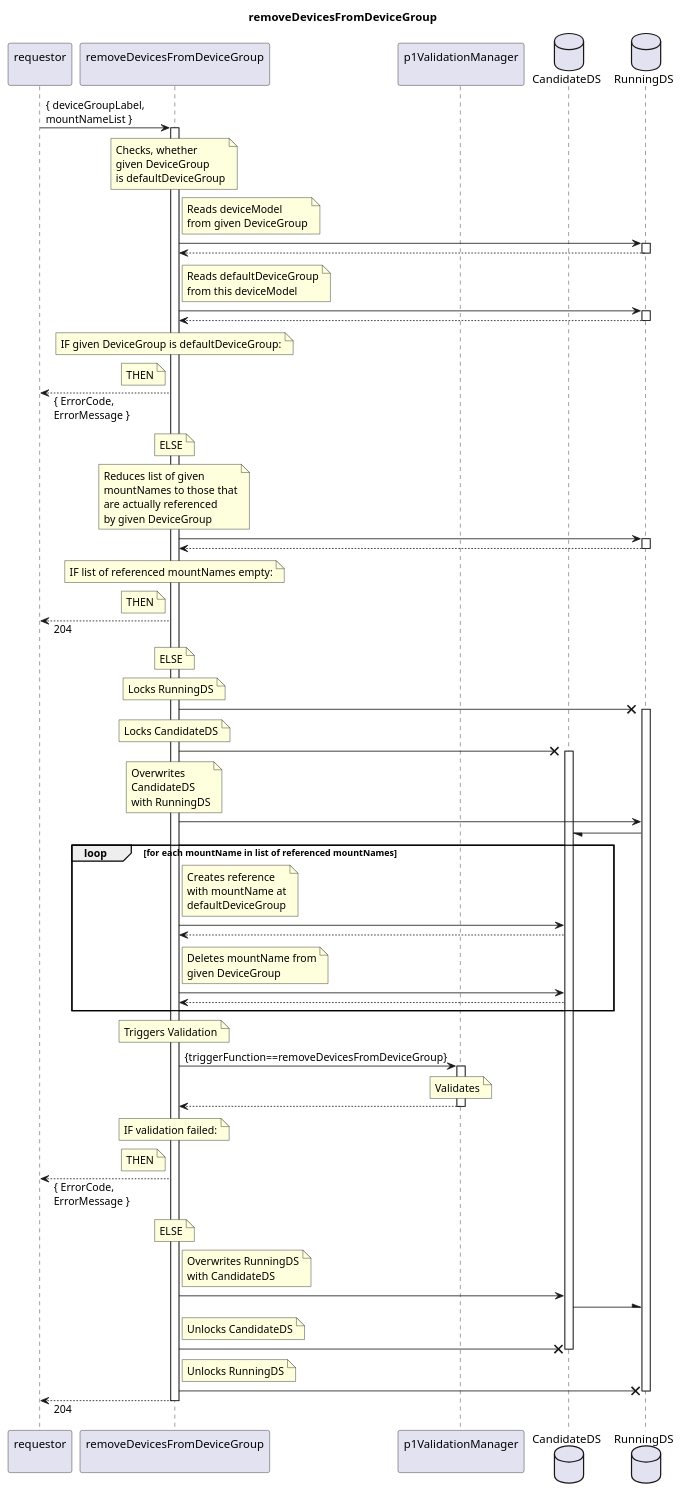
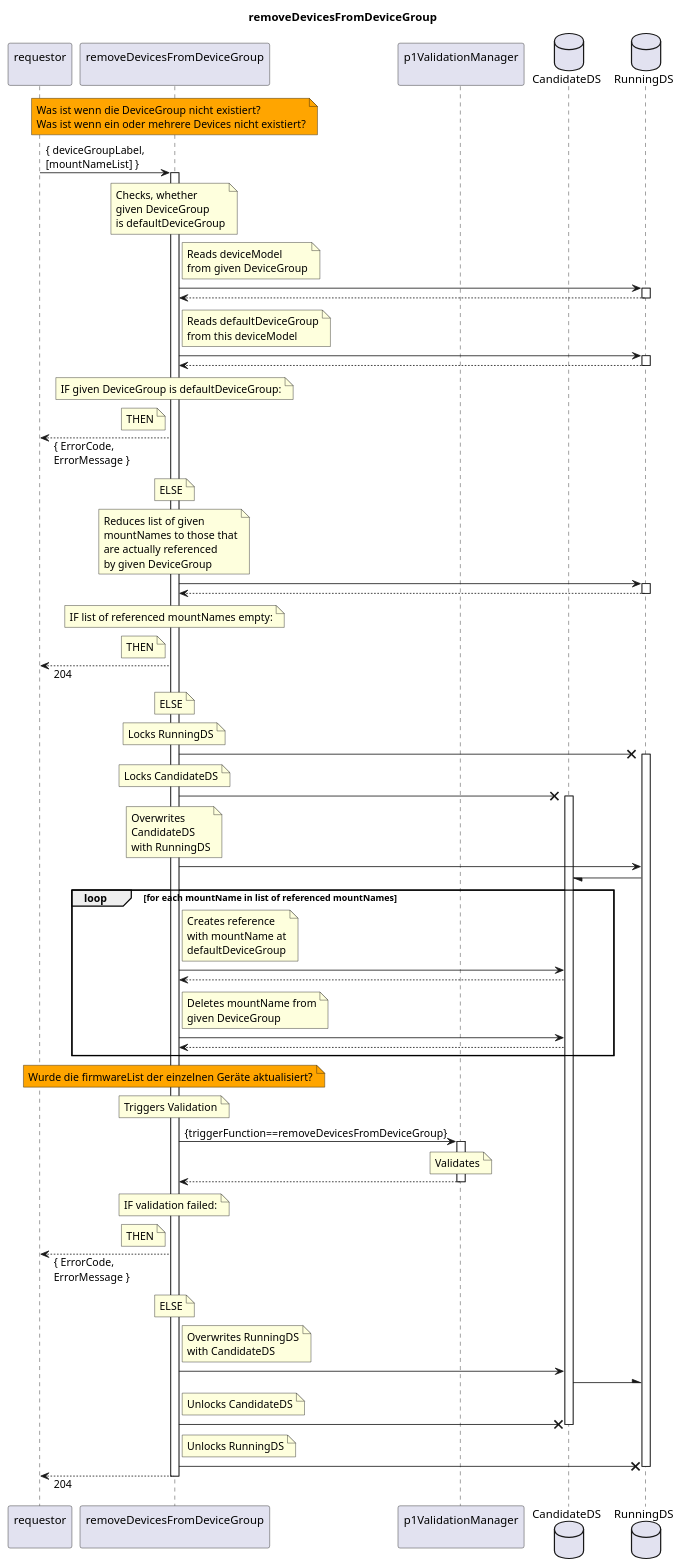
Before and after one commit to openBackhaul/FirmWareManager: the diagram in spec/Services/removeDevicesFromDeviceGroup/1.0.0/removeDevicesFromDeviceGroup.plantuml, drawn with PlantUML. The commit also changed 15 other files, not shown here.

```diff
--- a/spec/Services/removeDevicesFromDeviceGroup/1.0.0/removeDevicesFromDeviceGroup.plantuml
+++ b/spec/Services/removeDevicesFromDeviceGroup/1.0.0/removeDevicesFromDeviceGroup.plantuml
@@ -1,146 +1,160 @@
 @startuml removeDevicesFromDeviceGroup
 skinparam responseMessageBelowArrow true
 
 title
   removeDevicesFromDeviceGroup
 end title
 
 participant "requestor\n" as requestor
 participant "removeDevicesFromDeviceGroup\n" as remDev
 participant "p1ValidationManager\n" as valiMan
 database "CandidateDS" as CanDS
 database "RunningDS" as RunDS
 
-requestor -> remDev: { deviceGroupLabel,\nmountNameList }
+
+  note over remDev #Orange
+    Was ist wenn die DeviceGroup nicht existiert?
+    Was ist wenn ein oder mehrere Devices nicht existiert?
+  end note
+
+
+
+requestor -> remDev: { deviceGroupLabel,\n[mountNameList] }
 activate remDev
 
   note over remDev
     Checks, whether
     given DeviceGroup
     is defaultDeviceGroup
   end note
   note right remDev
     Reads deviceModel
     from given DeviceGroup
   end note
   remDev -> RunDS
   activate RunDS
   remDev <-- RunDS
   deactivate RunDS
   note right remDev
     Reads defaultDeviceGroup
     from this deviceModel
   end note
   remDev -> RunDS
   activate RunDS
   remDev <-- RunDS
   deactivate RunDS
   note over remDev
     IF given DeviceGroup is defaultDeviceGroup:
   end note
   note left remDev
     THEN
   end note
   requestor <-- remDev: { ErrorCode,\nErrorMessage }
   note over remDev
     ELSE
   end note
 
   note over remDev
     Reduces list of given
     mountNames to those that
     are actually referenced
     by given DeviceGroup
   end note
   remDev -> RunDS
   activate RunDS
   remDev <-- RunDS
   deactivate RunDS
   note over remDev
     IF list of referenced mountNames empty:
   end note
   note left remDev
     THEN
   end note
   requestor <-- remDev: 204
   note over remDev
     ELSE
   end note
 
   note over remDev
     Locks RunningDS
   end note
   remDev -X RunDS
   activate RunDS
   note over remDev
     Locks CandidateDS
   end note
   remDev -X CanDS
   activate CanDS
   note over remDev
     Overwrites
     CandidateDS
     with RunningDS
   end note
   remDev -> RunDS
   RunDS -/ CanDS
 
   loop for each mountName in list of referenced mountNames
     note right remDev
       Creates reference
       with mountName at
       defaultDeviceGroup
     end note
     remDev -> CanDS
     remDev <-- CanDS
     note right remDev
       Deletes mountName from
       given DeviceGroup
     end note
     remDev -> CanDS
     remDev <-- CanDS
   end loop
 
+
+  note over remDev #Orange
+    Wurde die firmwareList der einzelnen Geräte aktualisiert?
+  end note
+
+
   note over remDev
     Triggers Validation
   end note
   remDev -> valiMan: {triggerFunction==removeDevicesFromDeviceGroup}
   activate valiMan
     note over valiMan
       Validates
     end note
   remDev <-- valiMan
   deactivate valiMan
   note over remDev
     IF validation failed:
   end note
   note left remDev
     THEN
   end note
   requestor <-- remDev: { ErrorCode,\nErrorMessage }
   note over remDev
     ELSE
   end note
 
   note right remDev
     Overwrites RunningDS
     with CandidateDS
   end note
   remDev -> CanDS
   CanDS -\ RunDS
   note right remDev
     Unlocks CandidateDS
   end note
   remDev -X CanDS
   deactivate CanDS
   note right remDev
     Unlocks RunningDS
   end note
   remDev -X RunDS
   deactivate RunDS
 
   requestor <-- remDev: 204
 
 deactivate remDev
 
 @enduml
```
